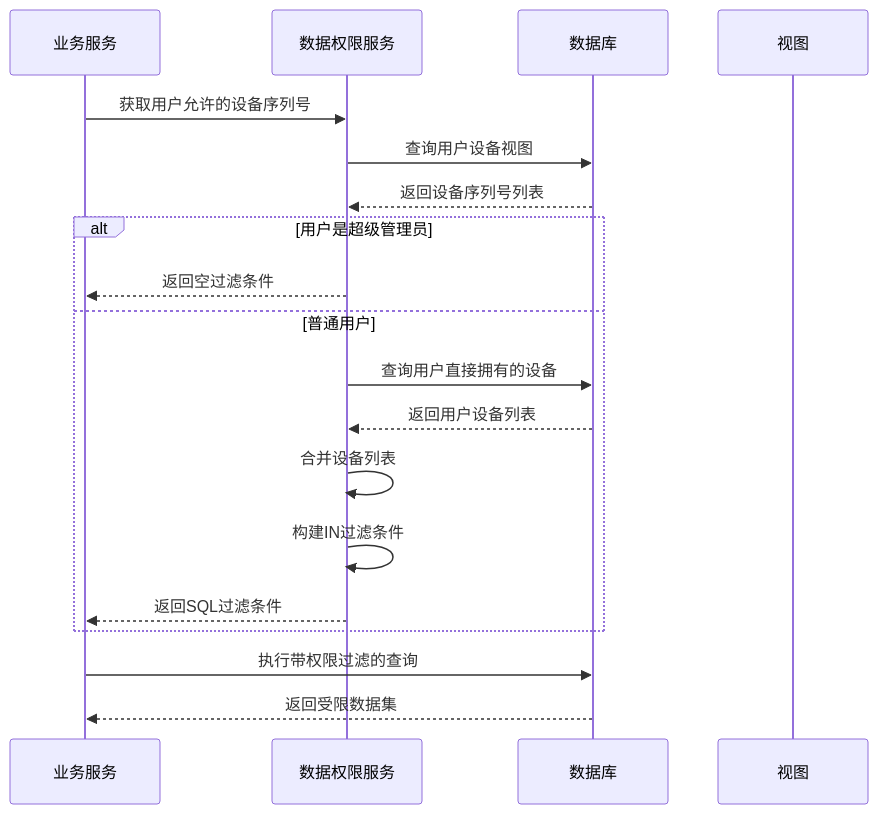
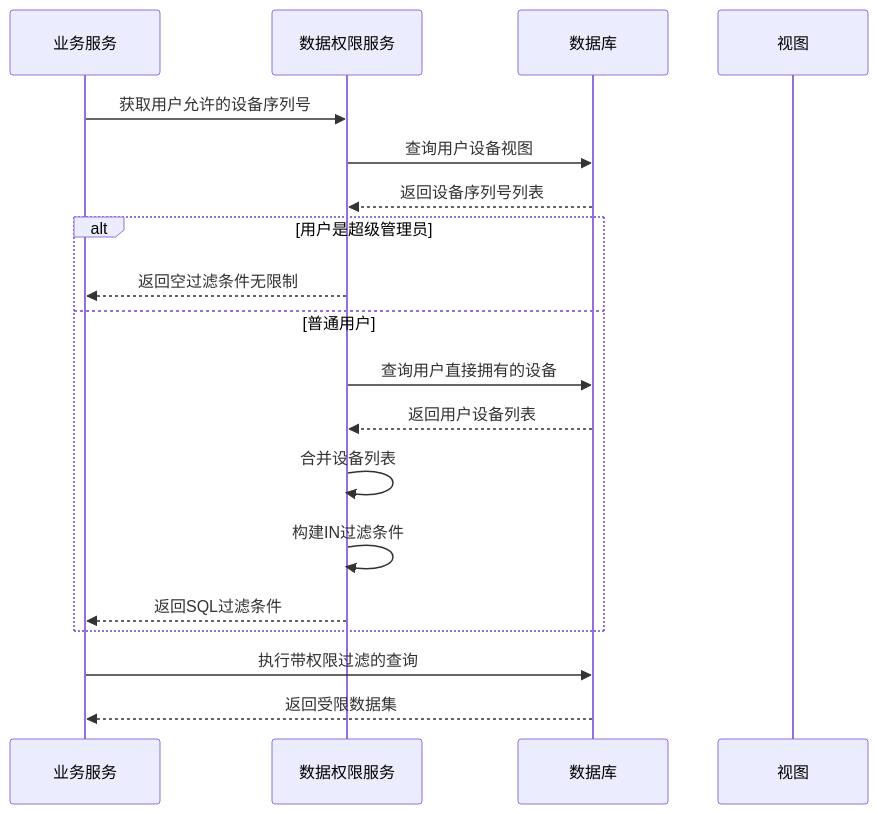
Before and after one commit to mcmrzy/cs_inv_monitor-develop: the tenth of 13 diagrams in .qoder/repowiki/zh/content/安全与权限/RBAC权限控制.md, drawn with Mermaid. The commit also changed other lines of this file and 88 other files, not shown here.

````diff
--- a/.qoder/repowiki/zh/content/安全与权限/RBAC权限控制.md
+++ b/.qoder/repowiki/zh/content/安全与权限/RBAC权限控制.md
@@ -331,21 +429,21 @@
 ```mermaid
 sequenceDiagram
 participant Service as 业务服务
 participant DataPerm as 数据权限服务
 participant DB as 数据库
 participant View as 视图
 Service->>DataPerm : 获取用户允许的设备序列号
 DataPerm->>DB : 查询用户设备视图
 DB-->>DataPerm : 返回设备序列号列表
 alt 用户是超级管理员
-DataPerm-->>Service : 返回空过滤条件
+DataPerm-->>Service : 返回空过滤条件无限制
 else 普通用户
 DataPerm->>DB : 查询用户直接拥有的设备
 DB-->>DataPerm : 返回用户设备列表
 DataPerm->>DataPerm : 合并设备列表
 DataPerm->>DataPerm : 构建IN过滤条件
 DataPerm-->>Service : 返回SQL过滤条件
 end
 Service->>DB : 执行带权限过滤的查询
 DB-->>Service : 返回受限数据集
 ```
````
